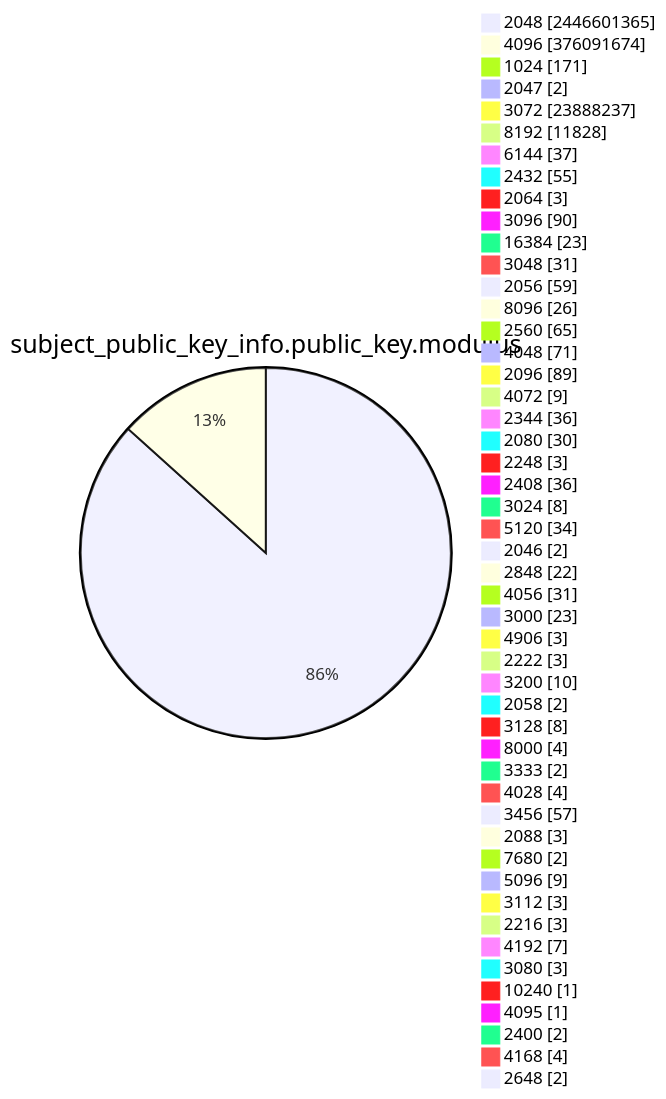
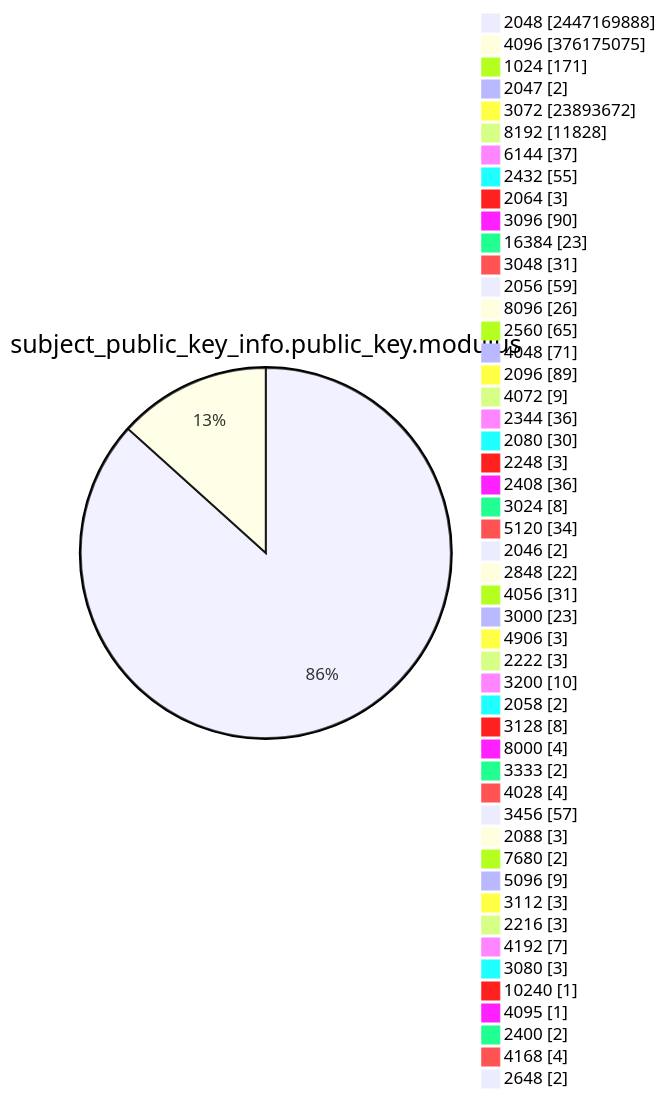
Diagram 13 of 15 in TOTAL/README.md (christiankrug/ctmonitor_visualization), drawn with Mermaid before and after one commit. The commit also changed other lines of this file, not shown here.

````diff
--- a/TOTAL/README.md
+++ b/TOTAL/README.md
@@ -4168,53 +4168,53 @@
 ```mermaid
 pie showData
 title subject_public_key_info.public_key.modulus
-"2048" :2446601365
-"4096" :376091674
+"2048" :2447169888
+"4096" :376175075
 "1024" :171
 "2047" :2
-"3072" :23888237
+"3072" :23893672
 "8192" :11828
 "6144" :37
 "2432" :55
 "2064" :3
 "3096" :90
 "16384" :23
 "3048" :31
 "2056" :59
 "8096" :26
 "2560" :65
 "4048" :71
 "2096" :89
 "4072" :9
 "2344" :36
 "2080" :30
 "2248" :3
 "2408" :36
 "3024" :8
 "5120" :34
 "2046" :2
 "2848" :22
 "4056" :31
 "3000" :23
 "4906" :3
 "2222" :3
 "3200" :10
 "2058" :2
 "3128" :8
 "8000" :4
 "3333" :2
 "4028" :4
 "3456" :57
 "2088" :3
 "7680" :2
 "5096" :9
 "3112" :3
 "2216" :3
 "4192" :7
 "3080" :3
 "10240" :1
 "4095" :1
 "2400" :2
 "4168" :4
 "2648" :2
 ```
````
